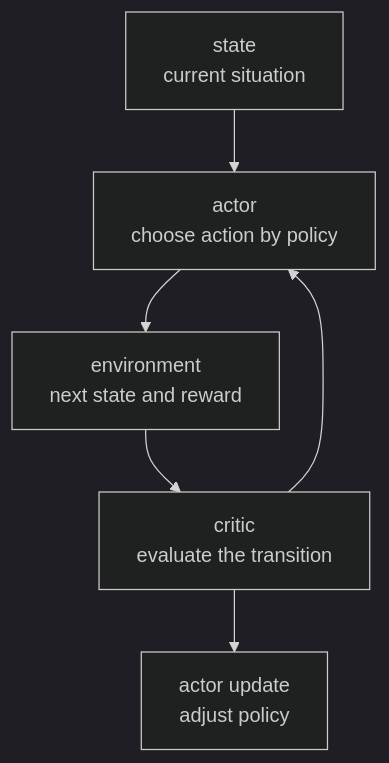
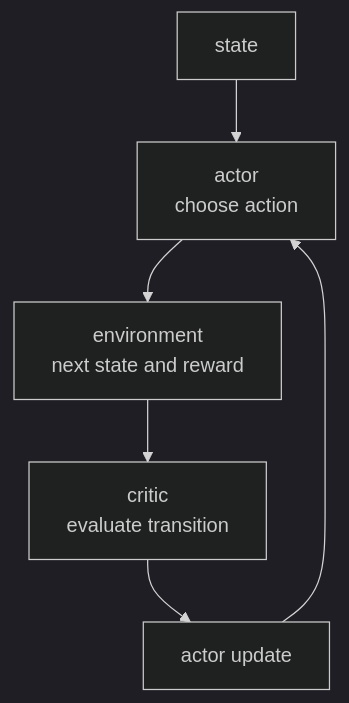
One commit to devchan64/AiBook changed the fifth of 6 diagrams in docs/parts/part-04/chapter-19/section-02.md. Above: the diagram before and after it, drawn with Mermaid (dark theme). The commit also changed other lines of this file and 102 other files, not shown here.

````diff
--- a/docs/parts/part-04/chapter-19/section-02.md
+++ b/docs/parts/part-04/chapter-19/section-02.md
@@ -197,11 +235,11 @@
 ```mermaid
 flowchart TB
-  A["state<br/>current situation"]
-  B["actor<br/>choose action by policy"]
+  A["state"]
+  B["actor<br/>choose action"]
   C["environment<br/>next state and reward"]
-  D["critic<br/>evaluate the transition"]
-  E["actor update<br/>adjust policy"]
+  D["critic<br/>evaluate transition"]
+  E["actor update"]
 
   A --> B --> C --> D --> E
-  D --> B
+  E --> B
 ```
````
